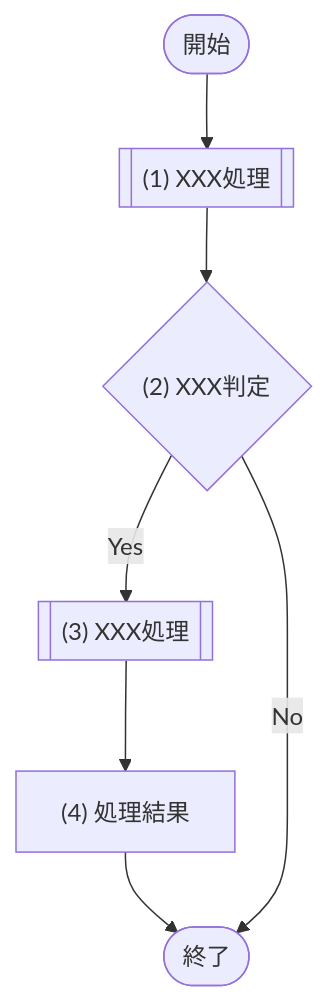
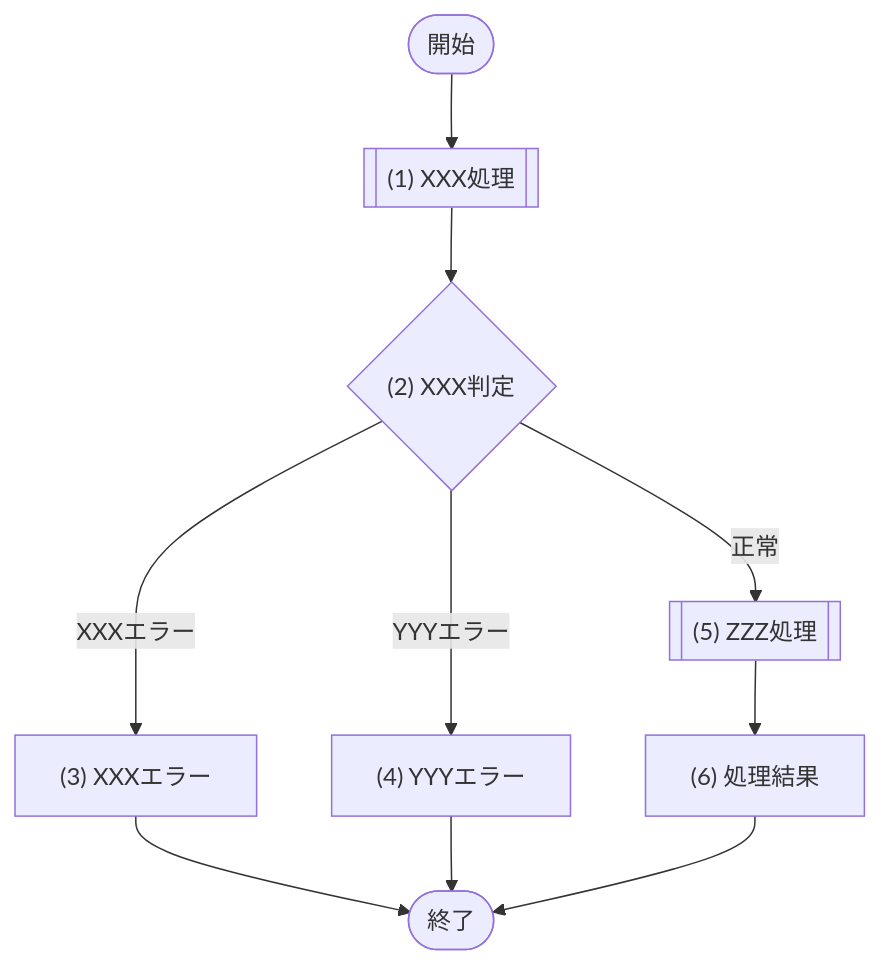
The diagram in template/03_機能設計/03_API設計/テンプレート_API.md (sikakou54/system-document-template), drawn with Mermaid before and after one commit. The commit also changed other lines of this file and 32 other files, not shown here.

````diff
--- a/template/03_機能設計/03_API設計/テンプレート_API.md
+++ b/template/03_機能設計/03_API設計/テンプレート_API.md
@@ -103,13 +105,16 @@
 ```mermaid
 flowchart TD
   Start([開始])
   P1[["(1) XXX処理"]]
   D1{"(2) XXX判定"}
-  P3[["(3) XXX処理"]]
-  P4["(4) 処理結果"]
+  E1["(3) XXXエラー"]
+  E2["(4) YYYエラー"]
+  P3[["(5) ZZZ処理"]]
+  P4["(6) 処理結果"]
   End([終了])
 
   Start --> P1 --> D1
-  D1 -- "Yes" --> P3 --> P4 --> End
-  D1 -- "No" --> End
+  D1 -- "XXXエラー" --> E1 --> End
+  D1 -- "YYYエラー" --> E2 --> End
+  D1 -- "正常" --> P3 --> P4 --> End
 ```
````
